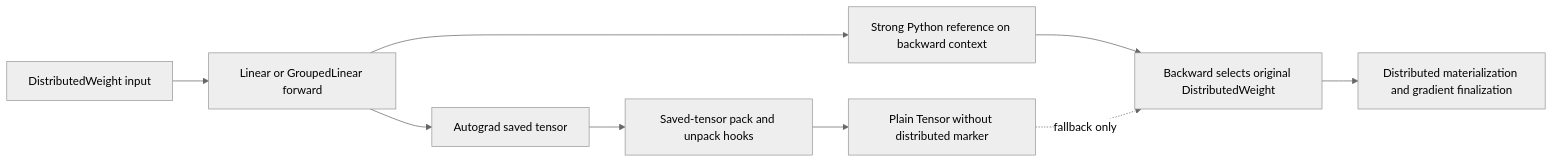
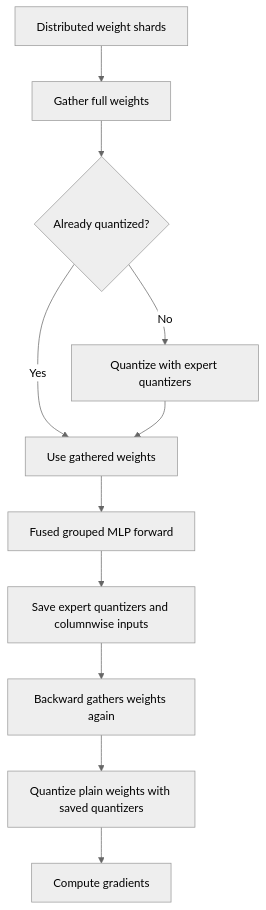
The diagram in knowledge/projects/transformer-engine/knowledgebase/upstream/prs/NVIDIA--TransformerEngine/PR-3545.md (yuguo-Jack/HCU-TrainFlow), drawn with Mermaid before and after one commit. The commit also changed other lines of this file and 19088 other files, not shown here.

````diff
--- a/knowledge/projects/transformer-engine/knowledgebase/upstream/prs/NVIDIA--TransformerEngine/PR-3545.md
+++ b/knowledge/projects/transformer-engine/knowledgebase/upstream/prs/NVIDIA--TransformerEngine/PR-3545.md
@@ -119,12 +144,14 @@
 ```mermaid
 %%{init: {'theme': 'neutral'}}%%
-flowchart LR
-    A[DistributedWeight input] --> B[Linear or GroupedLinear forward]
-    B --> C[Autograd saved tensor]
-    B --> D[Strong Python reference on backward context]
-    C --> E[Saved-tensor pack and unpack hooks]
-    E --> F[Plain Tensor without distributed marker]
-    D --> G[Backward selects original DistributedWeight]
-    F -. fallback only .-> G
-    G --> H[Distributed materialization and gradient finalization]
+flowchart TD
+  A[Distributed weight shards] --> B[Gather full weights]
+  B --> C{Already quantized?}
+  C -->|Yes| D[Use gathered weights]
+  C -->|No| E[Quantize with expert quantizers]
+  E --> D
+  D --> F[Fused grouped MLP forward]
+  F --> G[Save expert quantizers and columnwise inputs]
+  G --> H[Backward gathers weights again]
+  H --> I[Quantize plain weights with saved quantizers]
+  I --> J[Compute gradients]
 ```
````
